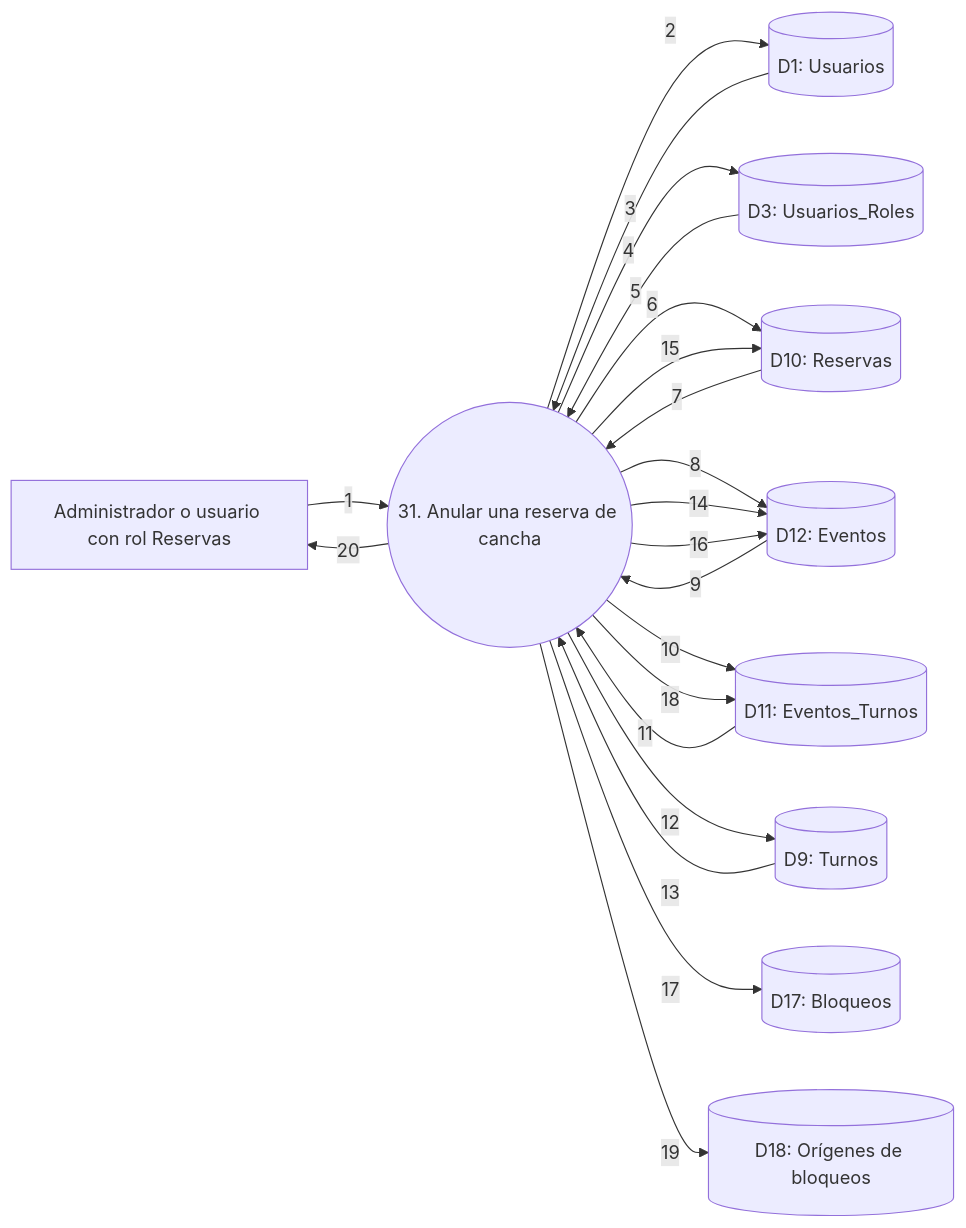
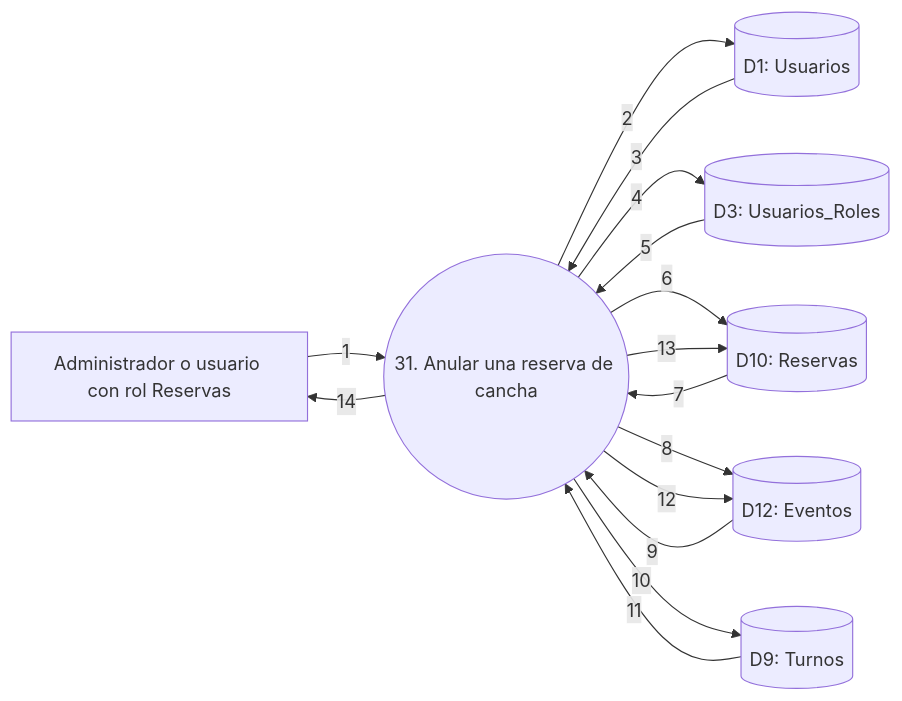
Before and after one commit to fasempertegui/Matchpoint-Taller: diagram 31 of 33 in docs/DFD.md, drawn with Mermaid. The commit also changed other lines of this file and 4 other files, not shown here.

````diff
--- a/docs/DFD.md
+++ b/docs/DFD.md
@@ -1065,34 +1037,25 @@
 ```mermaid
 flowchart LR
     A[Administrador o usuario con rol Reservas]
     P((31. Anular una reserva de cancha))
     D1[(D1: Usuarios)]
     D3[(D3: Usuarios_Roles)]
     D9[(D9: Turnos)]
     D10[(D10: Reservas)]
-    D11[(D11: Eventos_Turnos)]
     D12[(D12: Eventos)]
-    D17[(D17: Bloqueos)]
-    D18[(D18: Orígenes de bloqueos)]
 
     A -->|1| P
     P -->|2| D1
     D1 -->|3| P
     P -->|4| D3
     D3 -->|5| P
     P -->|6| D10
     D10 -->|7| P
     P -->|8| D12
     D12 -->|9| P
-    P -->|10| D11
-    D11 -->|11| P
-    P -->|12| D9
-    D9 -->|13| P
-    P -->|14| D12
-    P -->|15| D10
-    P -->|16| D12
-    P -->|17| D17
-    P -->|18| D11
-    P -->|19| D18
-    P -->|20| A
+    P -->|10| D9
+    D9 -->|11| P
+    P -->|12| D12
+    P -->|13| D10
+    P -->|14| A
 ```
````
